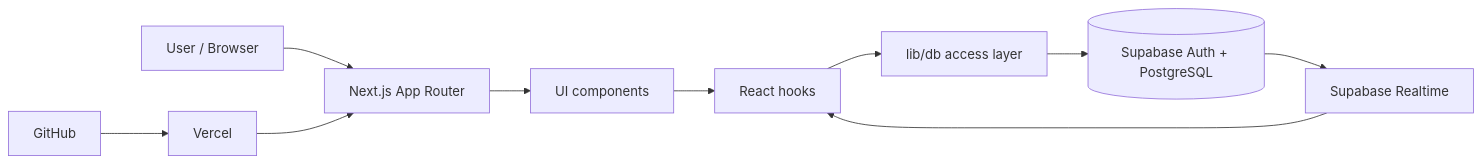
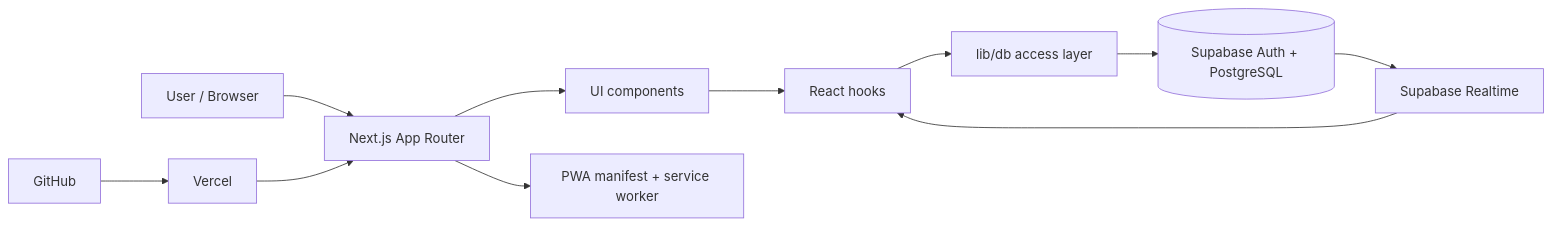
Before and after one commit to Daniel-Sievers/taskboard: the diagram in docs/ARCHITECTURE.md, drawn with Mermaid. The commit also changed other lines of this file and 15 other files, not shown here.

````diff
--- a/docs/ARCHITECTURE.md
+++ b/docs/ARCHITECTURE.md
@@ -7,12 +7,13 @@
 ```mermaid
 flowchart LR
   User[User / Browser] --> App[Next.js App Router]
   App --> Components[UI components]
   Components --> Hooks[React hooks]
   Hooks --> DB[lib/db access layer]
   DB --> Supabase[(Supabase Auth + PostgreSQL)]
   Supabase --> Realtime[Supabase Realtime]
   Realtime --> Hooks
   GitHub[GitHub] --> Vercel[Vercel]
   Vercel --> App
+  App --> PWA[PWA manifest + service worker]
 ```
````
